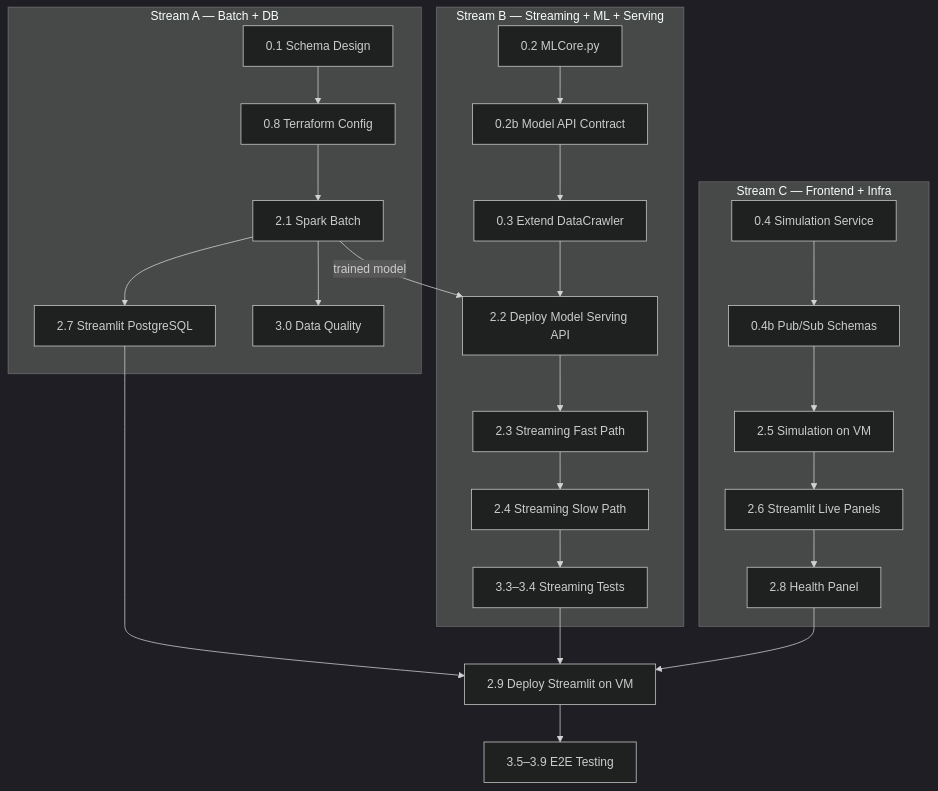
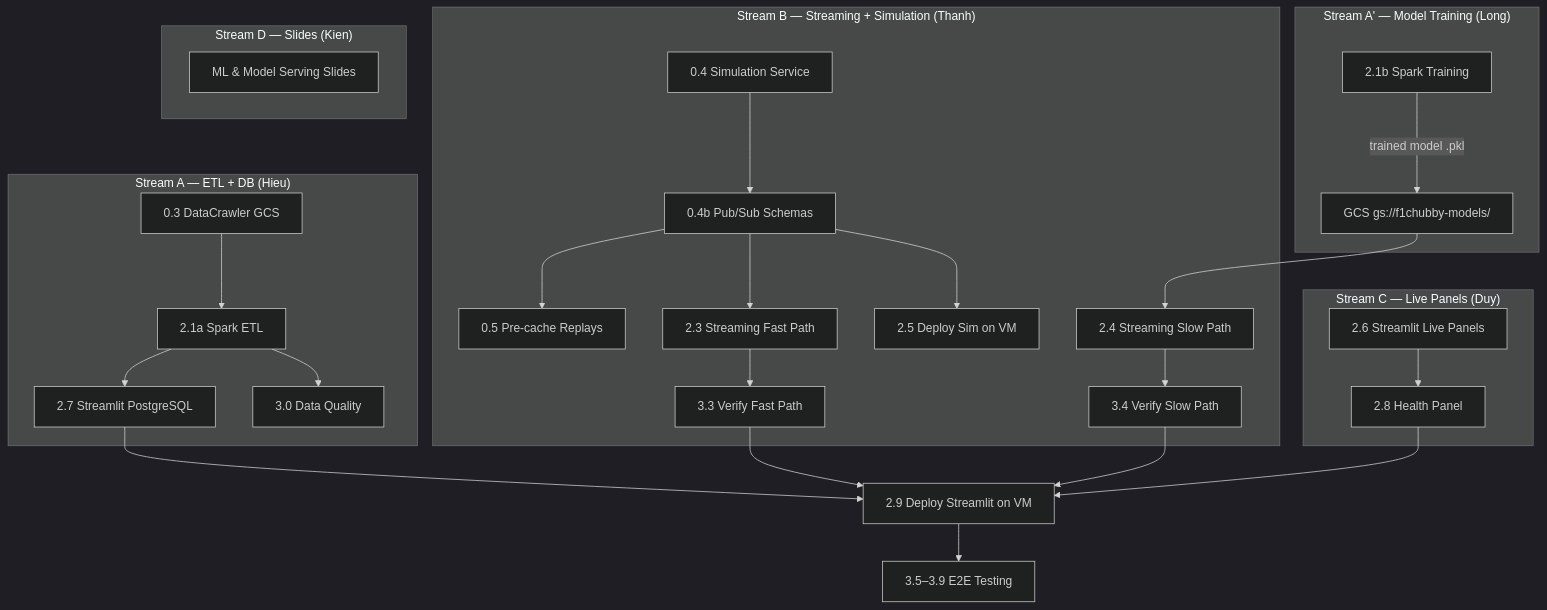
One commit to nmk-k66-uet/F1-Chubby-Data changed diagram 11 of 11 in revised_plan.md. Above: the diagram before and after it, drawn with Mermaid (dark theme). The commit also changed other lines of this file and 2 other files, not shown here.

````diff
--- a/revised_plan.md
+++ b/revised_plan.md
@@ -768,29 +768,33 @@
 ```mermaid
 flowchart TD
-    subgraph "Stream A — Batch + DB"
-        A1[0.1 Schema Design] --> A2[0.8 Terraform Config]
-        A2 --> A3[2.1 Spark Batch]
-        A3 --> A4[2.7 Streamlit PostgreSQL]
-        A3 --> A5[3.0 Data Quality]
+    subgraph "Stream A — ETL + DB (Hieu)"
+        A1[0.3 DataCrawler GCS] --> A2[2.1a Spark ETL]
+        A2 --> A3[2.7 Streamlit PostgreSQL]
+        A2 --> A4[3.0 Data Quality]
     end
 
-    subgraph "Stream B — Streaming + ML + Serving"
-        B1[0.2 MLCore.py] --> B1b[0.2b Model API Contract]
-        B1b --> B2[0.3 Extend DataCrawler]
-        B2 --> B3[2.2 Deploy Model Serving API]
-        B3 --> B4[2.3 Streaming Fast Path]
-        B4 --> B5[2.4 Streaming Slow Path]
-        B5 --> B6[3.3–3.4 Streaming Tests]
+    subgraph "Stream A' — Model Training (Long)"
+        AT1[2.1b Spark Training] -->|trained model .pkl| AT2[GCS gs://f1chubby-models/]
     end
 
-    subgraph "Stream C — Frontend + Infra"
-        C1[0.4 Simulation Service] --> C2[0.4b Pub/Sub Schemas]
-        C2 --> C3[2.5 Simulation on VM]
-        C3 --> C4[2.6 Streamlit Live Panels]
-        C4 --> C5[2.8 Health Panel]
+    subgraph "Stream B — Streaming + Simulation (Thanh)"
+        B1[0.4 Simulation Service] --> B1b[0.4b Pub/Sub Schemas]
+        B1b --> B2[0.5 Pre-cache Replays]
+        B1b --> B3[2.3 Streaming Fast Path]
+        B1b --> B4[2.5 Deploy Sim on VM]
+        AT2 --> B5[2.4 Streaming Slow Path]
+        B3 --> B6[3.3 Verify Fast Path]
+        B5 --> B7[3.4 Verify Slow Path]
     end
 
-    A3 -->|trained model| B3
-    A4 & B6 & C5 --> DEPLOY[2.9 Deploy Streamlit on VM]
+    subgraph "Stream C — Live Panels (Duy)"
+        C1[2.6 Streamlit Live Panels] --> C2[2.8 Health Panel]
+    end
+
+    subgraph "Stream D — Slides (Kien)"
+        D1[ML & Model Serving Slides]
+    end
+
+    A3 & B6 & B7 & C2 --> DEPLOY[2.9 Deploy Streamlit on VM]
     DEPLOY --> TEST[3.5–3.9 E2E Testing]
 ```
````
